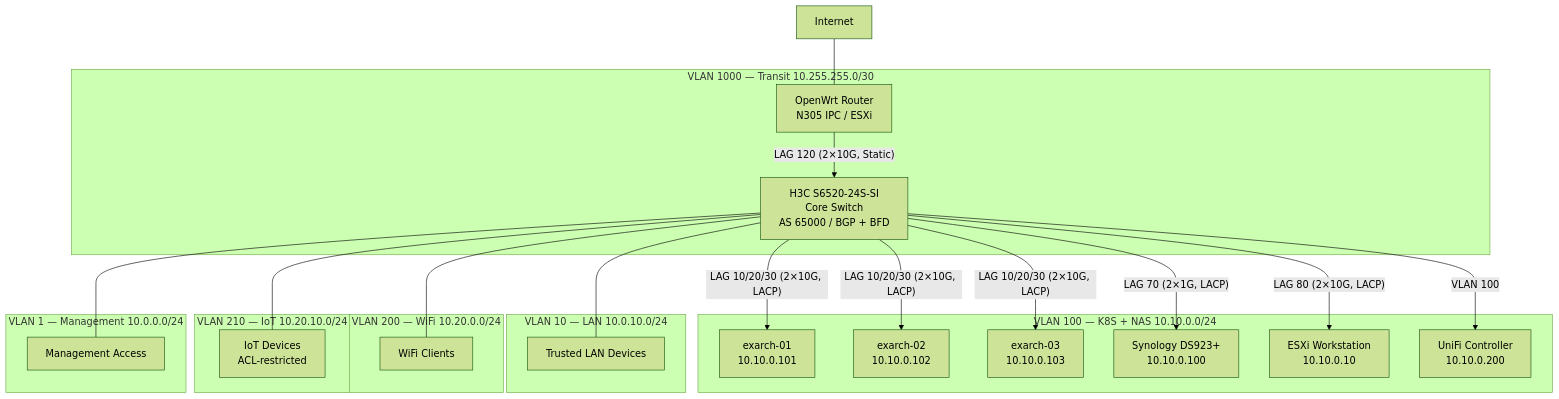
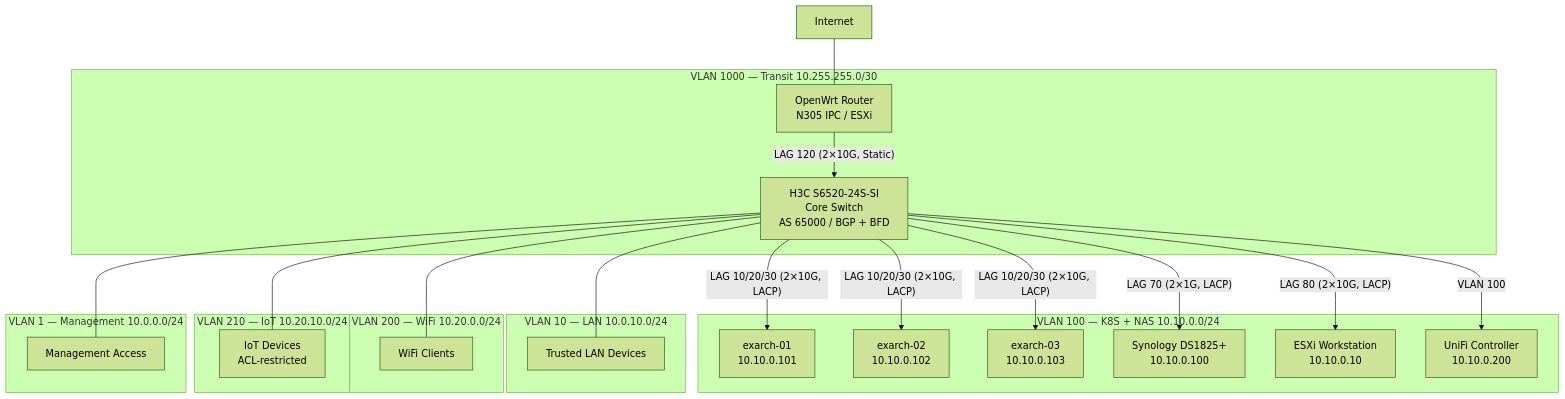
The diagram in docs/infrastructure/networking.md (soulwhisper/home-ops), drawn with Mermaid (forest theme) before and after one commit. The commit also changed other lines of this file and 5 other files, not shown here.

````diff
--- a/docs/infrastructure/networking.md
+++ b/docs/infrastructure/networking.md
@@ -45,43 +45,43 @@
 ```mermaid
 graph TD
     INTERNET["Internet"]
     ROUTER["OpenWrt Router<br/>N305 IPC / ESXi"]
     SWITCH["H3C S6520-24S-SI<br/>Core Switch<br/>AS 65000 / BGP + BFD"]
     NODE1["exarch-01<br/>10.10.0.101"]
     NODE2["exarch-02<br/>10.10.0.102"]
     NODE3["exarch-03<br/>10.10.0.103"]
-    NAS["Synology DS923+<br/>10.10.0.100"]
+    NAS["Synology DS1825+<br/>10.10.0.100"]
     WS["ESXi Workstation<br/>10.10.0.10"]
     UNIFI["UniFi Controller<br/>10.10.0.200"]
 
     INTERNET --- ROUTER
 
     subgraph "VLAN 1000 — Transit 10.255.255.0/30"
         ROUTER -->|"LAG 120 (2×10G, Static)"| SWITCH
     end
 
     subgraph "VLAN 100 — K8S + NAS 10.10.0.0/24"
         SWITCH -->|"LAG 10/20/30 (2×10G, LACP)"| NODE1
         SWITCH -->|"LAG 10/20/30 (2×10G, LACP)"| NODE2
         SWITCH -->|"LAG 10/20/30 (2×10G, LACP)"| NODE3
         SWITCH -->|"LAG 70 (2×1G, LACP)"| NAS
         SWITCH -->|"LAG 80 (2×10G, LACP)"| WS
         SWITCH -->|"VLAN 100"| UNIFI
     end
 
     subgraph "VLAN 10 — LAN 10.0.10.0/24"
         SWITCH --- LAN["Trusted LAN Devices"]
     end
 
     subgraph "VLAN 200 — WiFi 10.20.0.0/24"
         SWITCH --- WIFI["WiFi Clients"]
     end
 
     subgraph "VLAN 210 — IoT 10.20.10.0/24"
         SWITCH --- IOT["IoT Devices<br/>ACL-restricted"]
     end
 
     subgraph "VLAN 1 — Management 10.0.0.0/24"
         SWITCH --- MGMT["Management Access"]
     end
 ```
````
